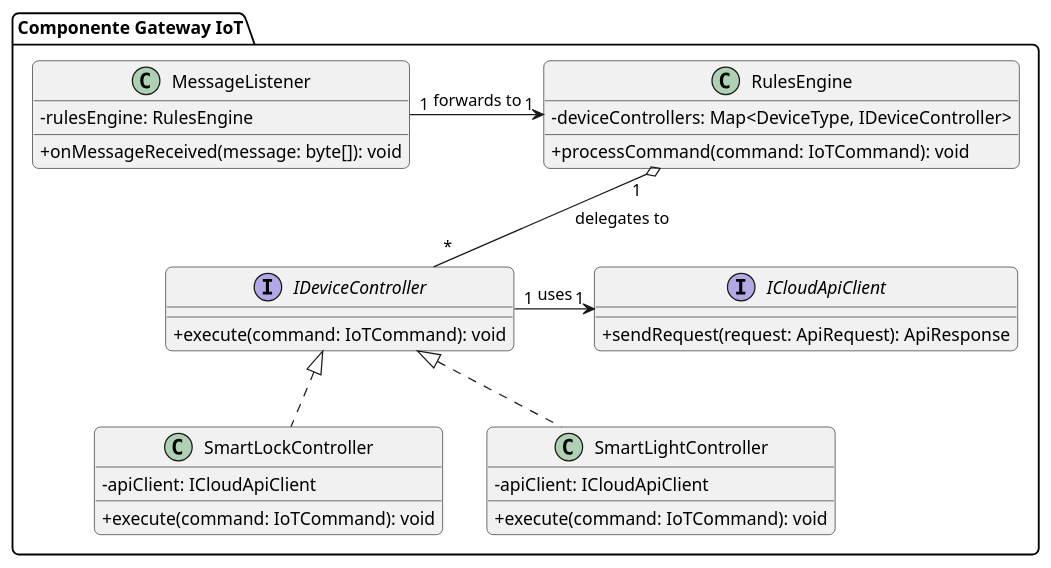
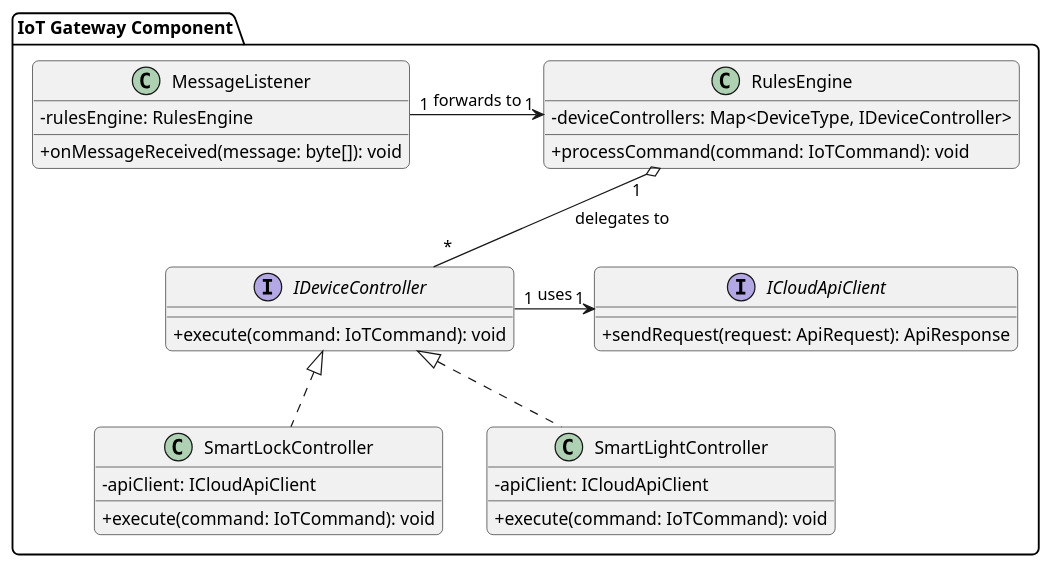
The diagram in assets/Chapter-04/class-diagram-IotGatewayComponent.puml (Edgerunners-Aplicaciones-Web/report), drawn with PlantUML before and after one commit. The commit also changed 3 other files, not shown here.

Commit message:
doc: Standardize class diagram labeling across Chapter 4 assets

```diff
--- a/assets/Chapter-04/class-diagram-IotGatewayComponent.puml
+++ b/assets/Chapter-04/class-diagram-IotGatewayComponent.puml
@@ -1,41 +1,41 @@
 @startuml IotGatewayComponentClassDiagram
 ' Estilo
 skinparam classAttributeIconSize 0
 skinparam roundcorner 10
 
-package "Componente Gateway IoT" {
+package "IoT Gateway Component" {
 
     class MessageListener {
         - rulesEngine: RulesEngine
         + onMessageReceived(message: byte[]): void
     }
 
     class RulesEngine {
         - deviceControllers: Map<DeviceType, IDeviceController>
         + processCommand(command: IoTCommand): void
     }
 
     interface IDeviceController {
         + execute(command: IoTCommand): void
     }
 
     class SmartLockController implements IDeviceController {
         - apiClient: ICloudApiClient
         + execute(command: IoTCommand): void
     }
 
     class SmartLightController implements IDeviceController {
         - apiClient: ICloudApiClient
         + execute(command: IoTCommand): void
     }
 
     interface ICloudApiClient {
         + sendRequest(request: ApiRequest): ApiResponse
     }
 
     ' --- Relaciones ---
     MessageListener "1" -> "1" RulesEngine : forwards to
     RulesEngine "1" o-- "*" IDeviceController : delegates to
     IDeviceController "1" -> "1" ICloudApiClient : uses
 }
 @enduml
```
